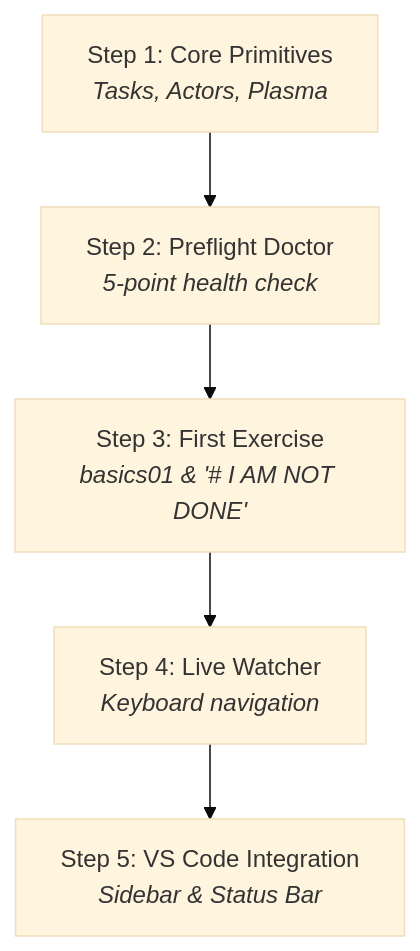
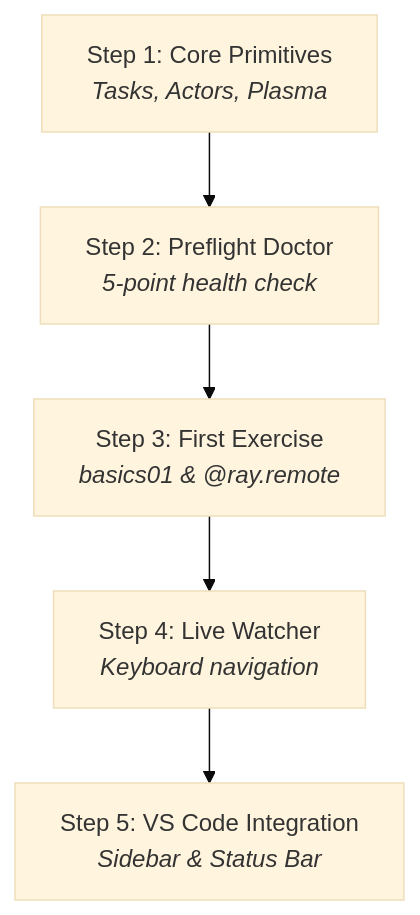
Before and after one commit to dnf0/raylings: the first of 2 diagrams in docs/onboarding-guide.md, drawn with Mermaid (base theme). The commit also changed other lines of this file and 101 other files, not shown here.

Commit message:
refactor(curriculum): remove legacy I AM NOT DONE marker across exercises, runner, vscode extension, and docs (#23)

````diff
--- a/docs/onboarding-guide.md
+++ b/docs/onboarding-guide.md
@@ -39,7 +39,7 @@
 ```mermaid
 flowchart TD
     S1["Step 1: Core Primitives<br/><i>Tasks, Actors, Plasma</i>"] --> S2["Step 2: Preflight Doctor<br/><i>5-point health check</i>"]
-    S2 --> S3["Step 3: First Exercise<br/><i>basics01 & '# I AM NOT DONE'</i>"]
+    S2 --> S3["Step 3: First Exercise<br/><i>basics01 & @ray.remote</i>"]
     S3 --> S4["Step 4: Live Watcher<br/><i>Keyboard navigation</i>"]
     S4 --> S5["Step 5: VS Code Integration<br/><i>Sidebar & Status Bar</i>"]
 ```
````
